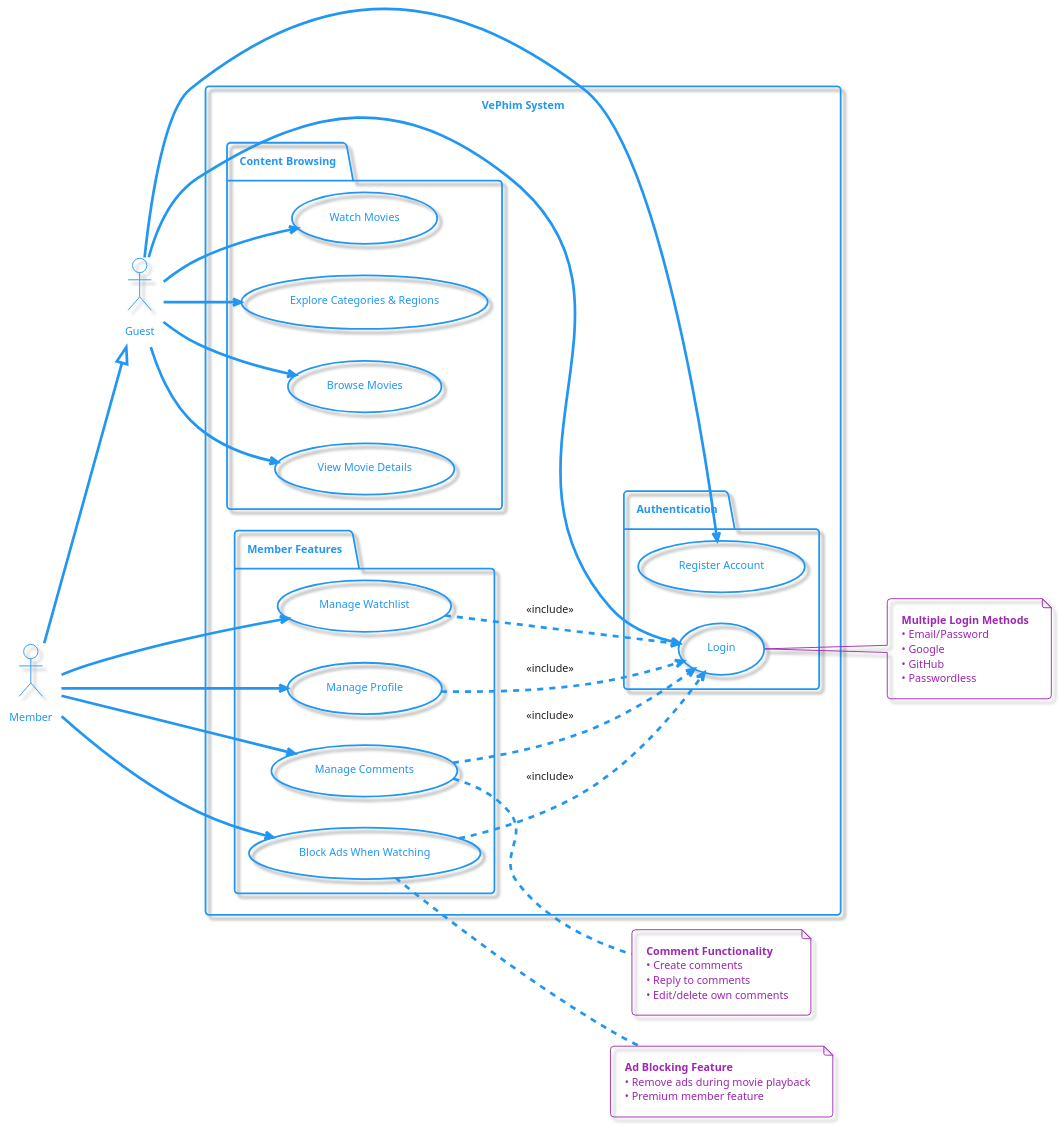
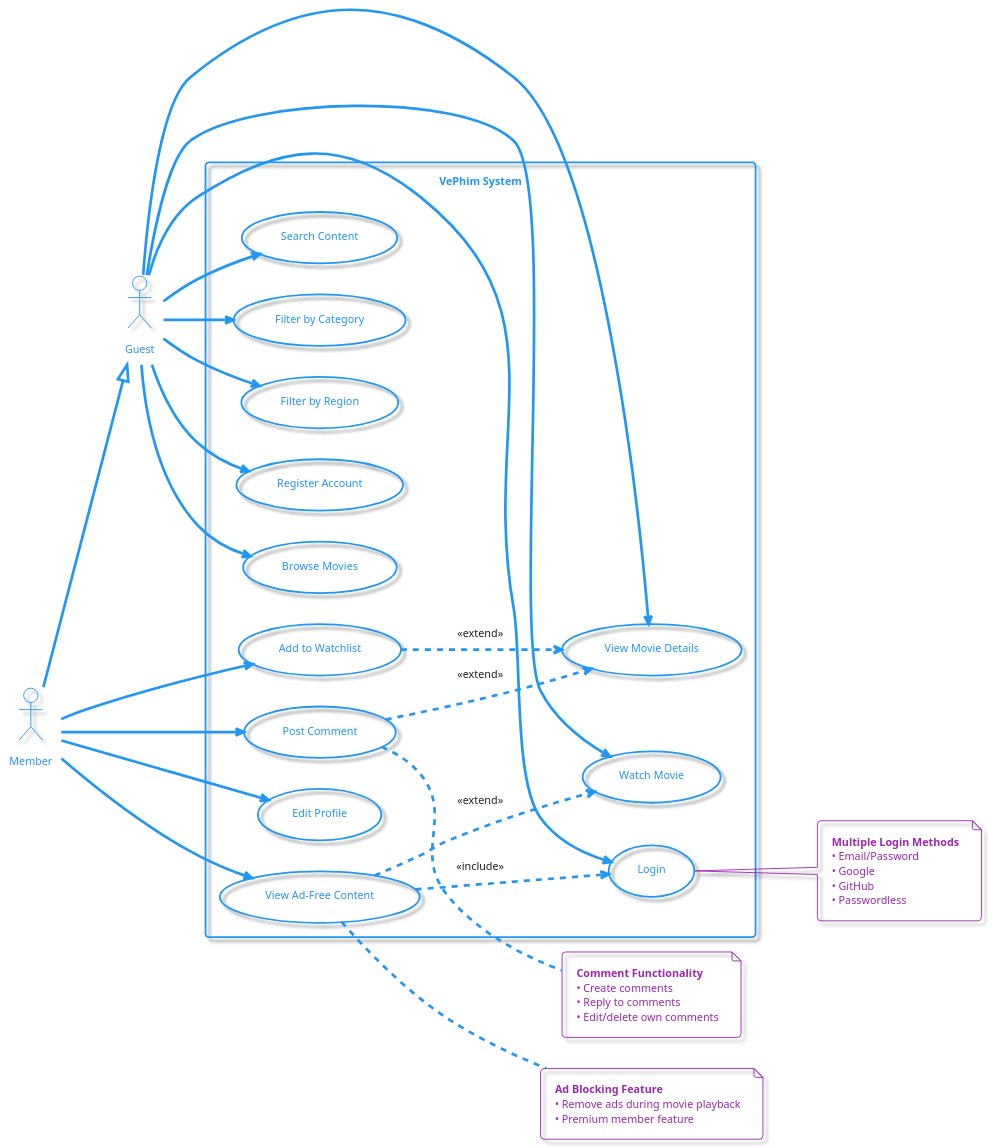
Before and after one commit to lehuygiang28/vphim: the first of 2 diagrams in documents/diagram/usecase.md, drawn with PlantUML.

Commit message:
feat(documents/diagram/usecase): 🎉 enhance use case diagram with additional features and refined relationships
- Consolidated use cases into a single package for better organization, adding new functionalities such as "Search Content," "Filter by Category," and "Filter by Region."
- Updated member-specific features to include "Add to Watchlist," "Post Comment," and "Edit Profile," improving clarity on user capabilities.
- Refined relationships between actors and use cases, using extends/includes more selectively for better representation of interactions.
- Enhanced overall diagram clarity and usability for stakeholders.

````diff
--- a/documents/diagram/usecase.md
+++ b/documents/diagram/usecase.md
@@ -5,76 +5,72 @@
 ```plantuml
 @startuml VePhim User Use Case Diagram
 
 !theme materia-outline
 
 left to right direction
 
 actor Guest as g
 actor Member as m
 
 m --|> g
 
 rectangle "VePhim System" {
-  package "Content Browsing" {
-    usecase "Browse Movies" as UC1
-    usecase "View Movie Details" as UC2
-    usecase "Watch Movies" as UC3
-    usecase "Explore Categories & Regions" as UC4
-  }
-
-  package "Authentication" {
-    usecase "Register Account" as UC7
-    usecase "Login" as UC8
-  }
-
-  package "Member Features" {
-    usecase "Manage Watchlist" as UC9
-    usecase "Manage Comments" as UC10
-    usecase "Manage Profile" as UC11
-    usecase "Block Ads When Watching" as UC12
-  }
+  usecase "Browse Movies" as UC1
+  usecase "View Movie Details" as UC2
+  usecase "Watch Movie" as UC3
+  usecase "Search Content" as UC4
+  usecase "Filter by Category" as UC5
+  usecase "Filter by Region" as UC6
+  usecase "Register Account" as UC7
+  usecase "Login" as UC8
+  usecase "Add to Watchlist" as UC9
+  usecase "Post Comment" as UC10
+  usecase "Edit Profile" as UC11
+  usecase "View Ad-Free Content" as UC12
 }
 
-' Simplified Guest relationships
+' Guest relationships - clear and minimal
 g --> UC1
 g --> UC2
 g --> UC3
 g --> UC4
+g --> UC5
+g --> UC6
 g --> UC7
 g --> UC8
 
-' Member-specific features
+' Member-specific features - clear and minimal
 m --> UC9
 m --> UC10
 m --> UC11
 m --> UC12
 
-' Only the most critical relationships
-UC9 ..> UC8 : <<include>>
-UC10 ..> UC8 : <<include>>
-UC11 ..> UC8 : <<include>>
+' Use extends/includes more selectively
+UC9 ..> UC2 : <<extend>>
+UC10 ..> UC2 : <<extend>>
+UC12 ..> UC3 : <<extend>>
 UC12 ..> UC8 : <<include>>
 
 note right of UC8
   <b>Multiple Login Methods</b>
   • Email/Password
   • Google
   • GitHub
   • Passwordless
 end note
 
 note right of UC10
   <b>Comment Functionality</b>
   • Create comments
   • Reply to comments
   • Edit/delete own comments
 end note
 
 note right of UC12
   <b>Ad Blocking Feature</b>
   • Remove ads during movie playback
   • Premium member feature
 end note
 
 @enduml
 ```
````
